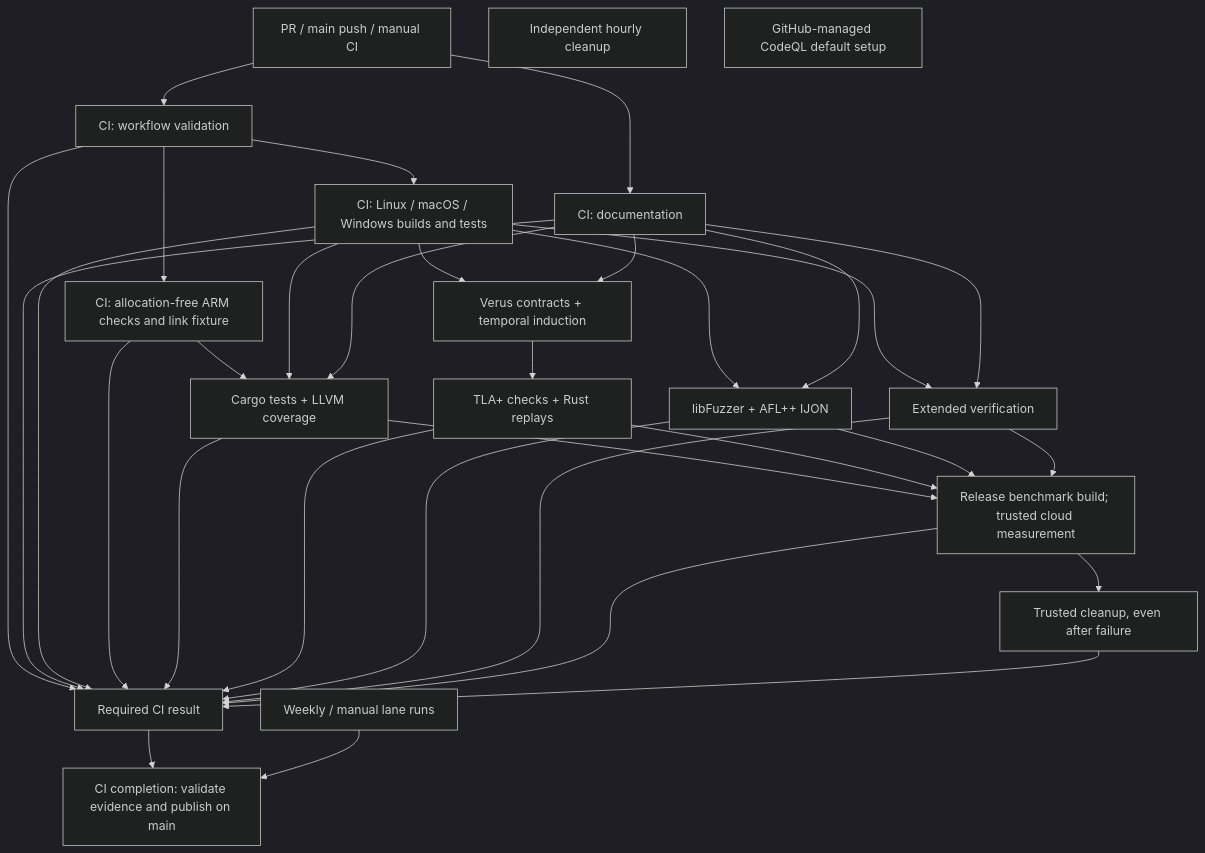
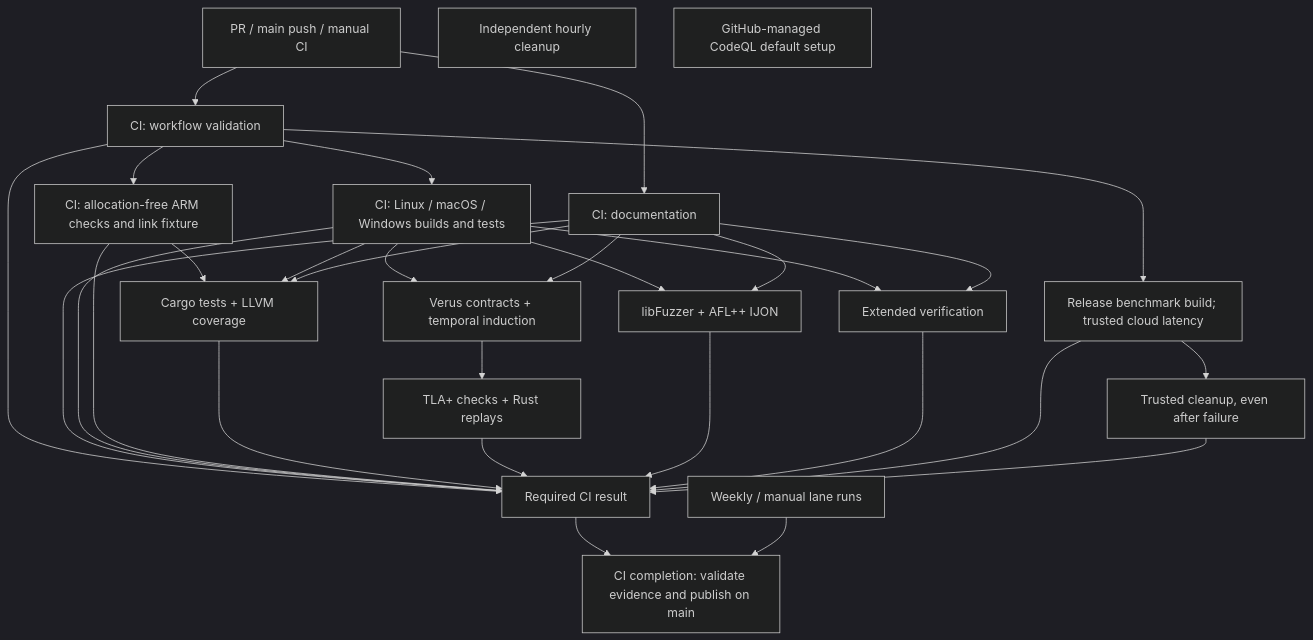
The diagram in docs/wiki/Quality-and-Benchmarks.md (DericHuynh/capntproto), drawn with Mermaid (dark theme) before and after one commit. The commit also changed other lines of this file and 12 other files, not shown here.

````diff
--- a/docs/wiki/Quality-and-Benchmarks.md
+++ b/docs/wiki/Quality-and-Benchmarks.md
@@ -492,21 +497,21 @@
 ```mermaid
 flowchart TD
   event[PR / main push / manual CI] --> checks[CI: workflow validation]
   event --> docs[CI: documentation]
   checks --> platforms[CI: Linux / macOS / Windows builds and tests]
   checks --> portable[CI: allocation-free ARM checks and link fixture]
   portable --> cargo
   platforms --> cargo[Cargo tests + LLVM coverage]
   platforms --> verus[Verus contracts + temporal induction]
   verus --> models[TLA+ checks + Rust replays]
   platforms --> fuzz[libFuzzer + AFL++ IJON]
   platforms --> extended[Extended verification]
   docs --> cargo & verus & fuzz & extended
-  cargo & models & fuzz & extended --> benchmark[Release benchmark build; trusted cloud measurement]
+  checks --> benchmark[Release benchmark build; trusted cloud latency]
   benchmark --> cleanup[Trusted cleanup, even after failure]
   checks & docs & platforms & portable & cargo & models & fuzz & extended & benchmark & cleanup --> result[Required CI result]
   result --> publish[CI completion: validate evidence and publish on main]
   standalone[Weekly / manual lane runs] --> publish
   janitor[Independent hourly cleanup]
   codeql[GitHub-managed CodeQL default setup]
 ```
````
